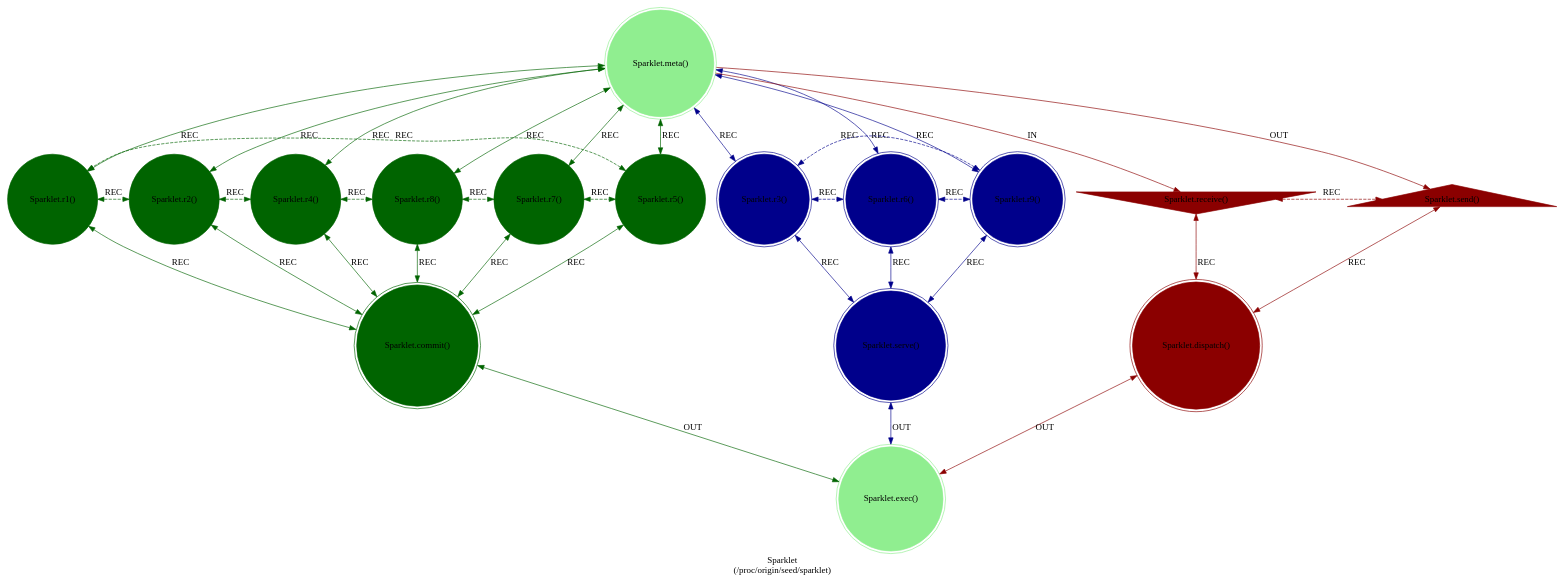
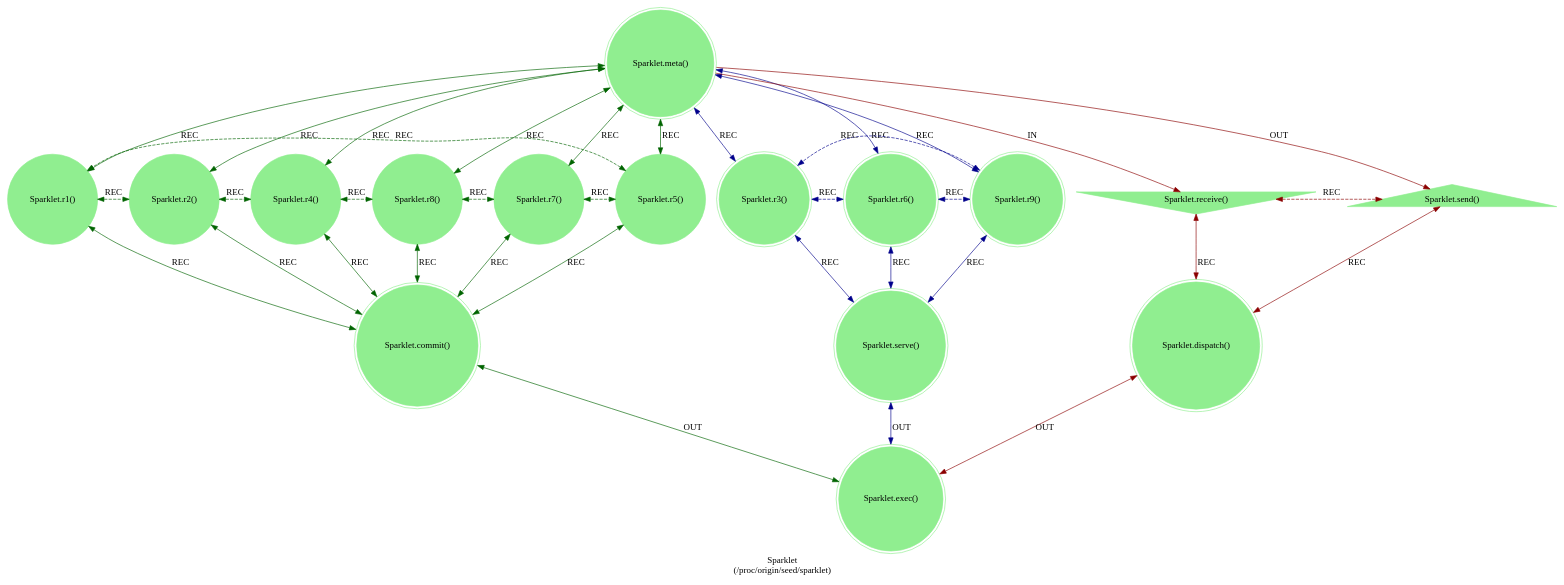
The diagram in src/includes/seed/sparklet.dot (cilang/mythos), drawn with Graphviz before and after one commit. The commit also changed 1 other file, not shown here.

```diff
--- a/src/includes/seed/sparklet.dot
+++ b/src/includes/seed/sparklet.dot
@@ -1,48 +1,48 @@
 strict digraph Sparklet {
     label = "Sparklet\n(/proc/origin/seed/sparklet)";
     style = filled;
     color = lightgray;
     node [shape = circle; style = filled; color = lightgreen;];
     
     // The Axis A-0-B (In-Meta-Out).
     // The Sacred 3-6-9 (Boundary of Perception).
     // The Vortex 1-2-4-8-7-5 (Boundary of Comprehension).
     // The Router C-D-E
     // The Closure F
     spark_0_t [label = "Sparklet.meta()";comment = "";shape = doublecircle;];
-    spark_1_t [label = "Sparklet.r1()";comment = "";shape = circle;color = darkgreen;];
-    spark_2_t [label = "Sparklet.r2()";comment = "";shape = circle;color = darkgreen;];
-    spark_4_t [label = "Sparklet.r4()";comment = "";shape = circle;color = darkgreen;];
-    spark_8_t [label = "Sparklet.r8()";comment = "";shape = circle;color = darkgreen;];
-    spark_7_t [label = "Sparklet.r7()";comment = "";shape = circle;color = darkgreen;];
-    spark_5_t [label = "Sparklet.r5()";comment = "";shape = circle;color = darkgreen;];
-    spark_3_t [label = "Sparklet.r3()";comment = "";shape = doublecircle;color = darkblue;];
-    spark_6_t [label = "Sparklet.r6()";comment = "";shape = doublecircle;color = darkblue;];
-    spark_9_t [label = "Sparklet.r9()";comment = "";shape = doublecircle;color = darkblue;];
-    spark_a_t [label = "Sparklet.receive()";comment = "";shape = invtriangle;color = darkred;];
-    spark_b_t [label = "Sparklet.send()";comment = "";shape = triangle;color = darkred;];
-    spark_c_t [label = "Sparklet.dispatch()";comment = "";shape = doublecircle;color = darkred;];
-    spark_d_t [label = "Sparklet.commit()";comment = "";shape = doublecircle;color = darkgreen;];
-    spark_e_t [label = "Sparklet.serve()";comment = "";shape = doublecircle;color = darkblue;];
+    spark_1_t [label = "Sparklet.r1()";comment = "";shape = circle;];
+    spark_2_t [label = "Sparklet.r2()";comment = "";shape = circle;];
+    spark_4_t [label = "Sparklet.r4()";comment = "";shape = circle;];
+    spark_8_t [label = "Sparklet.r8()";comment = "";shape = circle;];
+    spark_7_t [label = "Sparklet.r7()";comment = "";shape = circle;];
+    spark_5_t [label = "Sparklet.r5()";comment = "";shape = circle;];
+    spark_3_t [label = "Sparklet.r3()";comment = "";shape = doublecircle;];
+    spark_6_t [label = "Sparklet.r6()";comment = "";shape = doublecircle;];
+    spark_9_t [label = "Sparklet.r9()";comment = "";shape = doublecircle;];
+    spark_a_t [label = "Sparklet.receive()";comment = "";shape = invtriangle;];
+    spark_b_t [label = "Sparklet.send()";comment = "";shape = triangle;];
+    spark_c_t [label = "Sparklet.dispatch()";comment = "";shape = doublecircle;];
+    spark_d_t [label = "Sparklet.commit()";comment = "";shape = doublecircle;];
+    spark_e_t [label = "Sparklet.serve()";comment = "";shape = doublecircle;];
     spark_f_t [label = "Sparklet.exec()";comment = "";shape = doublecircle;];
     
     // IN = Input
     // OUT = Output
     // REC = Recursion
     spark_0_t -> spark_a_t [label = "IN"; color = darkred; comment = "";];
     spark_0_t -> spark_b_t [label = "OUT"; color = darkred; comment = "";];
     spark_0_t -> {spark_3_t spark_6_t spark_9_t} [label = "REC"; color = darkblue; comment = ""; dir = both;];
     spark_0_t -> {spark_1_t spark_2_t spark_4_t spark_8_t spark_7_t spark_5_t} [label = "REC"; color = darkgreen; comment = ""; dir = both;];
     
     {spark_a_t spark_b_t} -> spark_c_t [label = "REC"; color = darkred; comment = ""; dir = both;];
     {spark_1_t spark_2_t spark_4_t spark_8_t spark_7_t spark_5_t} -> spark_d_t [label = "REC"; color = darkgreen; comment = ""; dir = both;];
     {spark_3_t spark_6_t spark_9_t} -> spark_e_t [label = "REC"; color = darkblue; comment = ""; dir = both;];
     
     spark_1_t -> spark_2_t -> spark_4_t -> spark_8_t -> spark_7_t -> spark_5_t -> spark_1_t [label = "REC"; color = darkgreen; comment = ""; style = dashed; constraint = false; dir = both;];
     spark_3_t -> spark_6_t -> spark_9_t -> spark_3_t [label = "REC"; color = darkblue; comment = ""; style = dashed; constraint = false; dir = both;];
     spark_a_t -> spark_b_t [label = "REC"; color = darkred; comment = ""; constraint = false; style = dashed; dir = both;];
     
     spark_c_t -> spark_f_t [label = "OUT"; color = darkred; comment = ""; dir = both;];
     spark_d_t -> spark_f_t [label = "OUT"; color = darkgreen; comment = ""; dir = both;];
     spark_e_t -> spark_f_t [label = "OUT"; color = darkblue; comment = ""; dir = both;];
 }
```
